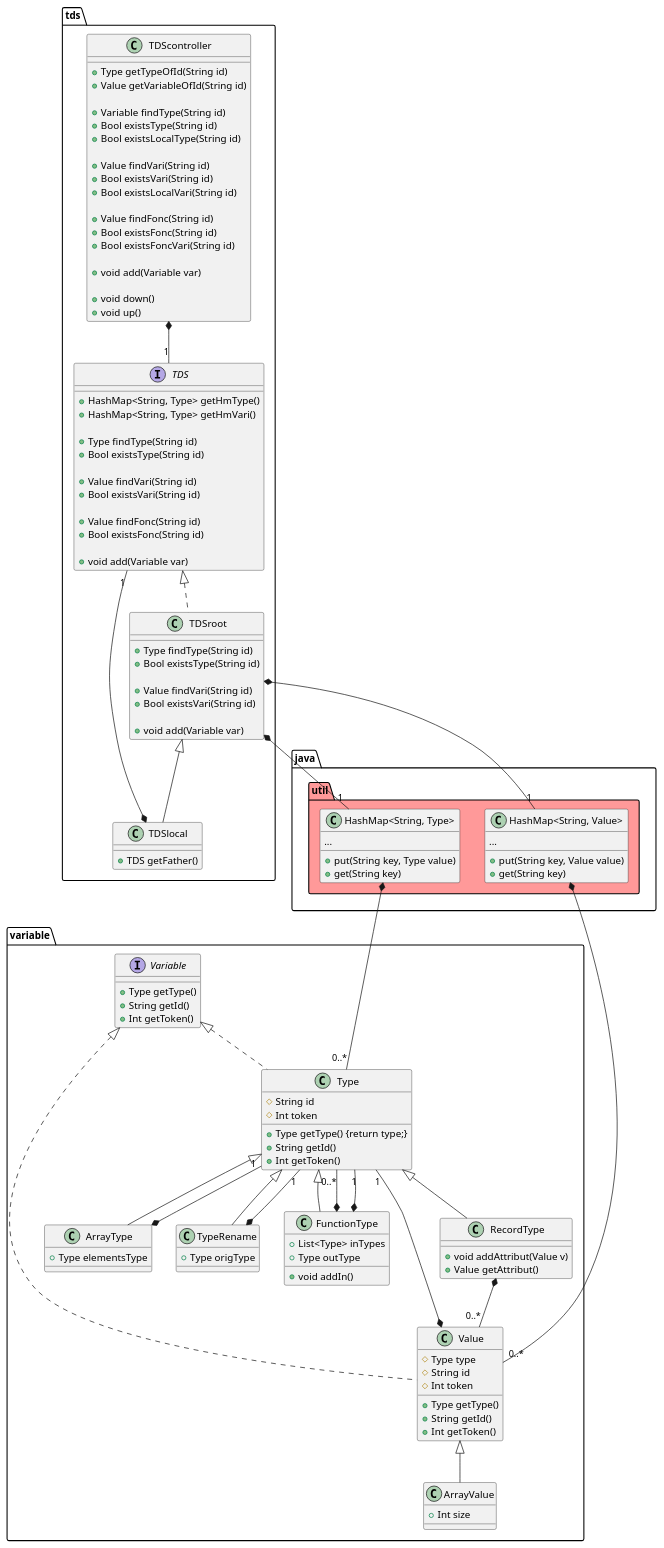
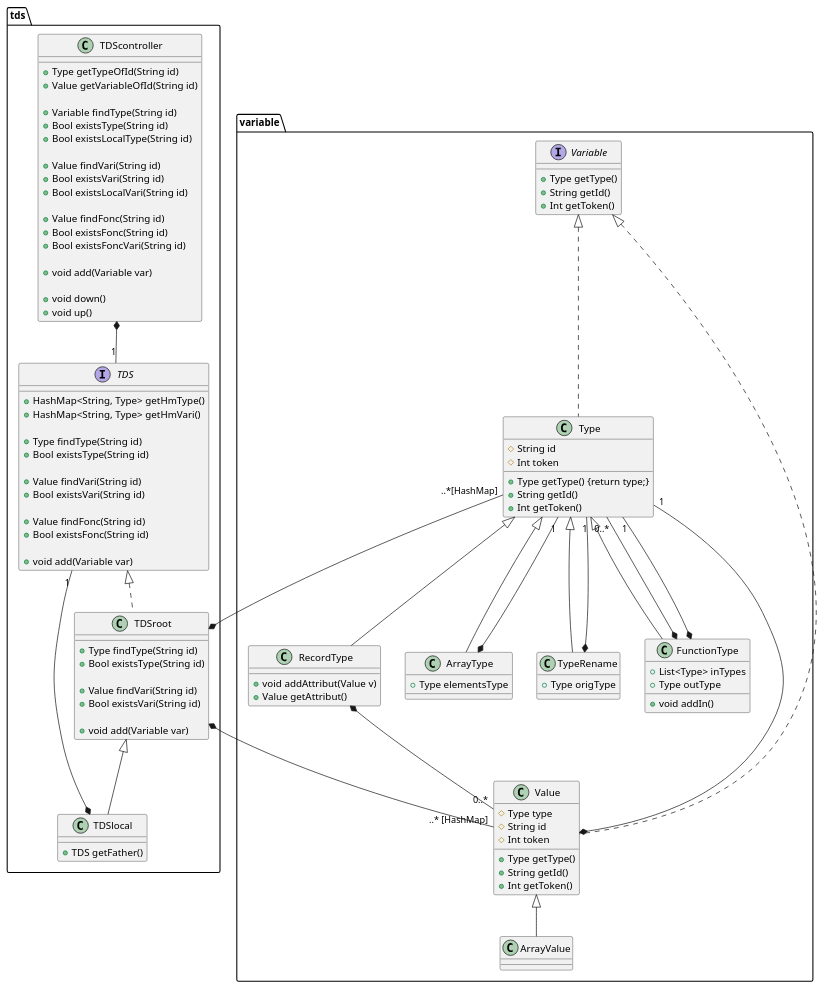
The diagram in AntlrMavenProject/chaoscompiler/src/main/java/eu/tn/chaoscompiler/tdstool/README.figures/TDS.puml (Tiger-compiler-team-2023/tiger-compiler), drawn with PlantUML before and after one commit. The commit also changed 2 other files, not shown here.

Commit message:
[EDIT] Diagramme de classes

```diff
--- a/AntlrMavenProject/chaoscompiler/src/main/java/eu/tn/chaoscompiler/tdstool/README.figures/TDS.puml
+++ b/AntlrMavenProject/chaoscompiler/src/main/java/eu/tn/chaoscompiler/tdstool/README.figures/TDS.puml
@@ -1,136 +1,120 @@
 @startuml
 
 package tds {
 
   class TDScontroller {
     +Type getTypeOfId(String id)
     +Value getVariableOfId(String id)
 
     +Variable findType(String id)
     +Bool existsType(String id)
     +Bool existsLocalType(String id)
 
     +Value findVari(String id)
     +Bool existsVari(String id)
     +Bool existsLocalVari(String id)
 
     +Value findFonc(String id)
     +Bool existsFonc(String id)
     +Bool existsFoncVari(String id)
 
     +void add(Variable var)
 
     +void down()
     +void up()
   }
 
   interface TDS {
     +HashMap<String, Type> getHmType()
     +HashMap<String, Type> getHmVari()
 
     +Type findType(String id)
     +Bool existsType(String id)
 
     +Value findVari(String id)
     +Bool existsVari(String id)
 
     +Value findFonc(String id)
     +Bool existsFonc(String id)
 
     +void add(Variable var)
   }
 
   class TDSroot implements TDS {
     +Type findType(String id)
     +Bool existsType(String id)
 
     +Value findVari(String id)
     +Bool existsVari(String id)
     
     +void add(Variable var)
   }
 
   class TDSlocal extends TDSroot {
     +TDS getFather()
   }
 }
 
 package variable {
 
   Interface Variable {
     +Type getType()
     +String getId()
     +Int getToken()
   }
 
   class Type implements Variable {
     #String id
     #Int token
 
     +Type getType() {return type;}
     +String getId()
     +Int getToken()
   }
 
   class RecordType extends Type {
     +void addAttribut(Value v)
     +Value getAttribut()
   }
 
   class ArrayType extends Type {
     +Type elementsType
   }
 
   class TypeRename extends Type {
     +Type origType
   }
 
   class FunctionType extends Type {
     +List<Type> inTypes
     +Type outType
     +void addIn()
   }
 
   class Value implements Variable {
     #Type type
     #String id
     #Int token
 
     +Type getType()
     +String getId()
     +Int getToken()
   }
 
   class ArrayValue extends Value {
-    +Int size
-  }
-}
-
-package java.util #ff9999 {
-  class "HashMap<String, Type>" {
-    ...
-    +put(String key, Type value)
-    +get(String key)
-  }
-  class "HashMap<String, Value>" {
-    ...
-    +put(String key, Value value)
-    +get(String key)
   }
 }
 
 TDScontroller *--"1" TDS
 TDSlocal *--"1" TDS
-TDSroot *--"1" "HashMap<String, Type>"
-TDSroot *--"1" "HashMap<String, Value>"
-"HashMap<String, Type>" *--"0..*" Type
-"HashMap<String, Value>" *--"0..*" Value
+TDSroot *--"..*[HashMap]" Type
+TDSroot *--"..* [HashMap]" Value
 Value *--"1" Type
 RecordType *--"0..*" Value
 ArrayType *--"1" Type
 TypeRename *--"1" Type
 FunctionType *--"0..*" Type
 FunctionType *--"1" Type
 
-TDSlocal -[hidden]-> Variable
+TDScontroller -u[hidden]-> Variable
 @enduml
```
